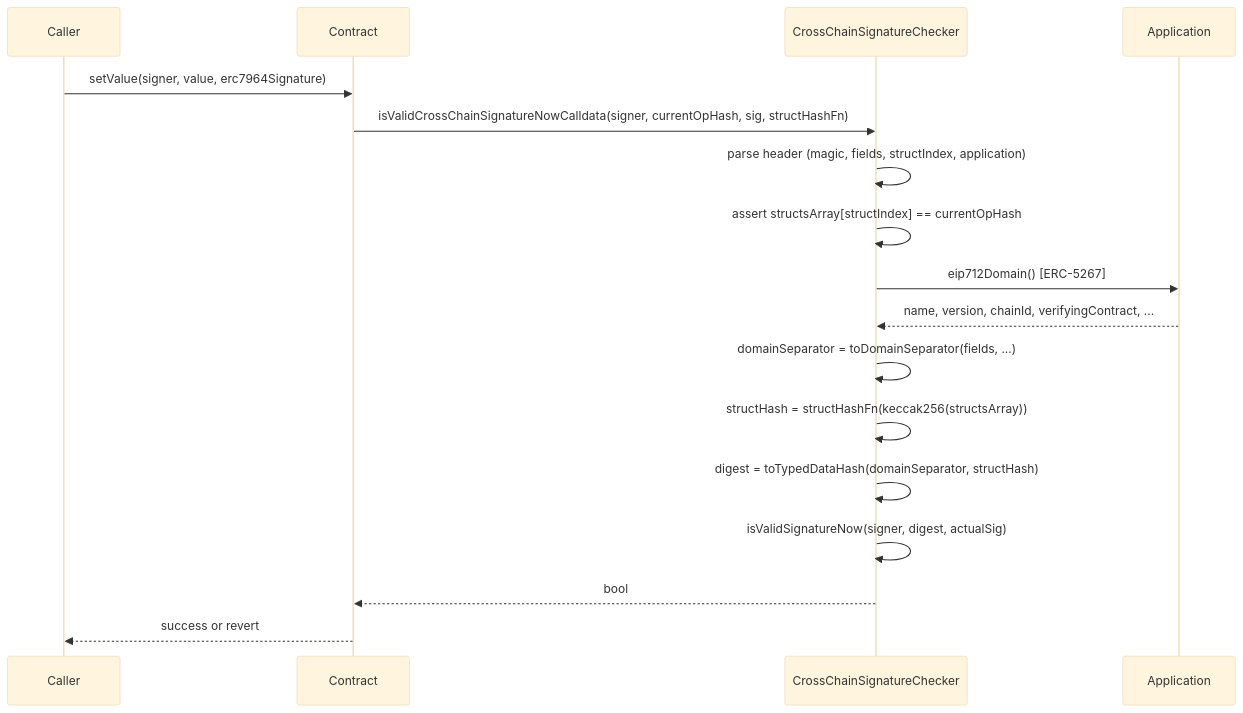
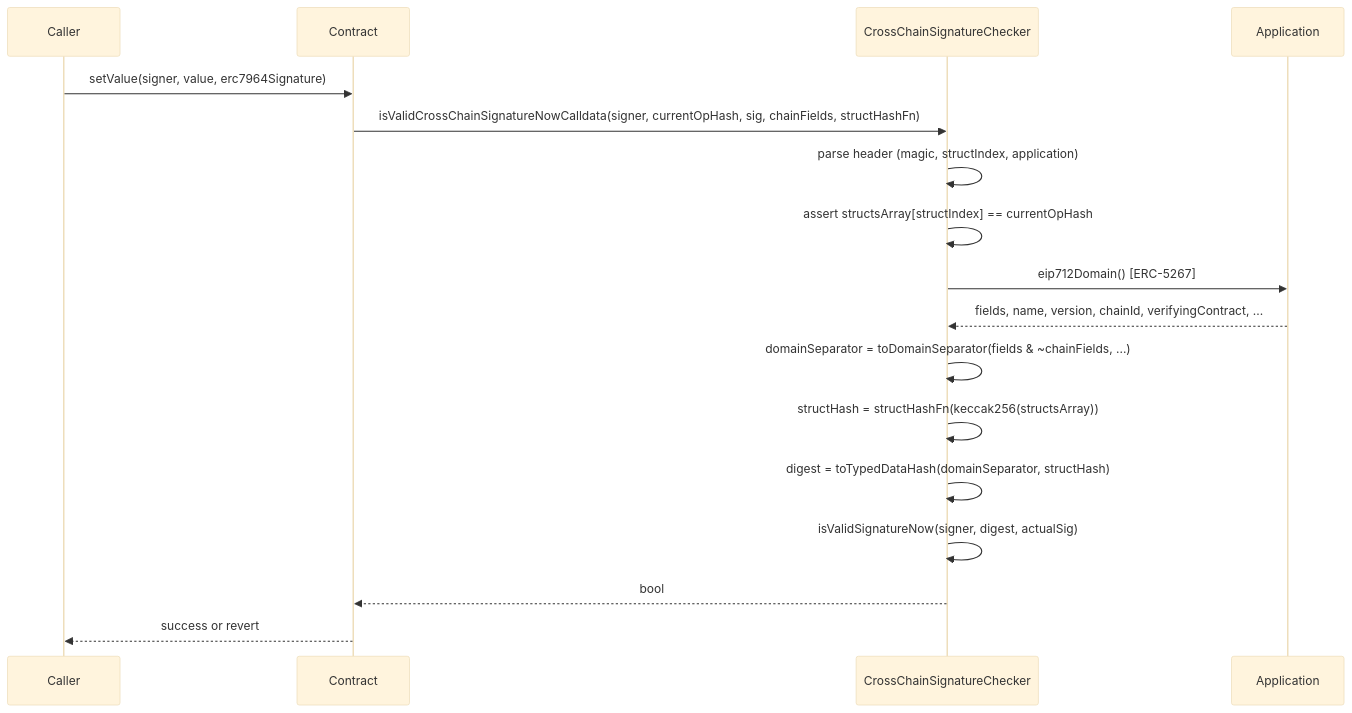
Before and after one commit to OpenZeppelin/openzeppelin-accounts: the diagram in docs/contracts/erc7964.mdx, drawn with Mermaid (base theme). The commit also changed other lines of this file and 12 other files, not shown here.

First line of the commit message:
Derive ERC-7964 main domain fields on the verifier

````diff
--- a/docs/contracts/erc7964.mdx
+++ b/docs/contracts/erc7964.mdx
@@ -77,20 +76,20 @@
 ```mermaid
 sequenceDiagram
     participant Caller
     participant Contract
     participant CrossChainSignatureChecker
     participant Application
 
     Caller->>Contract: setValue(signer, value, erc7964Signature)
-    Contract->>CrossChainSignatureChecker: isValidCrossChainSignatureNowCalldata(signer, currentOpHash, sig, structHashFn)
-    CrossChainSignatureChecker->>CrossChainSignatureChecker: parse header (magic, fields, structIndex, application)
+    Contract->>CrossChainSignatureChecker: isValidCrossChainSignatureNowCalldata(signer, currentOpHash, sig, chainFields, structHashFn)
+    CrossChainSignatureChecker->>CrossChainSignatureChecker: parse header (magic, structIndex, application)
     CrossChainSignatureChecker->>CrossChainSignatureChecker: assert structsArray[structIndex] == currentOpHash
     CrossChainSignatureChecker->>Application: eip712Domain() [ERC-5267]
-    Application-->>CrossChainSignatureChecker: name, version, chainId, verifyingContract, ...
-    CrossChainSignatureChecker->>CrossChainSignatureChecker: domainSeparator = toDomainSeparator(fields, ...)
+    Application-->>CrossChainSignatureChecker: fields, name, version, chainId, verifyingContract, ...
+    CrossChainSignatureChecker->>CrossChainSignatureChecker: domainSeparator = toDomainSeparator(fields & ~chainFields, ...)
     CrossChainSignatureChecker->>CrossChainSignatureChecker: structHash = structHashFn(keccak256(structsArray))
     CrossChainSignatureChecker->>CrossChainSignatureChecker: digest = toTypedDataHash(domainSeparator, structHash)
     CrossChainSignatureChecker->>CrossChainSignatureChecker: isValidSignatureNow(signer, digest, actualSig)
     CrossChainSignatureChecker-->>Contract: bool
     Contract-->>Caller: success or revert
 ```
````
